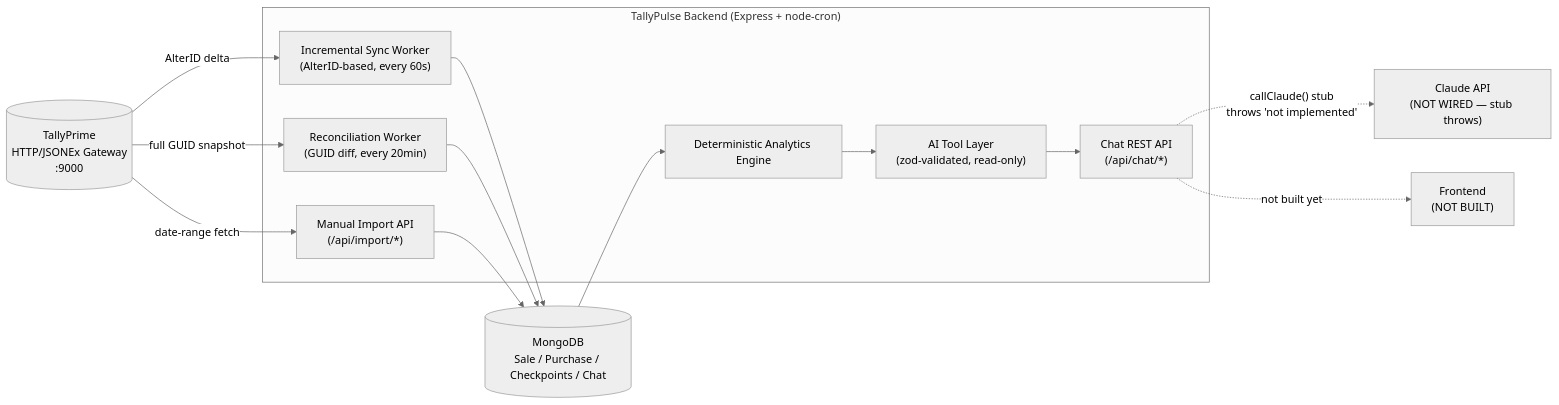
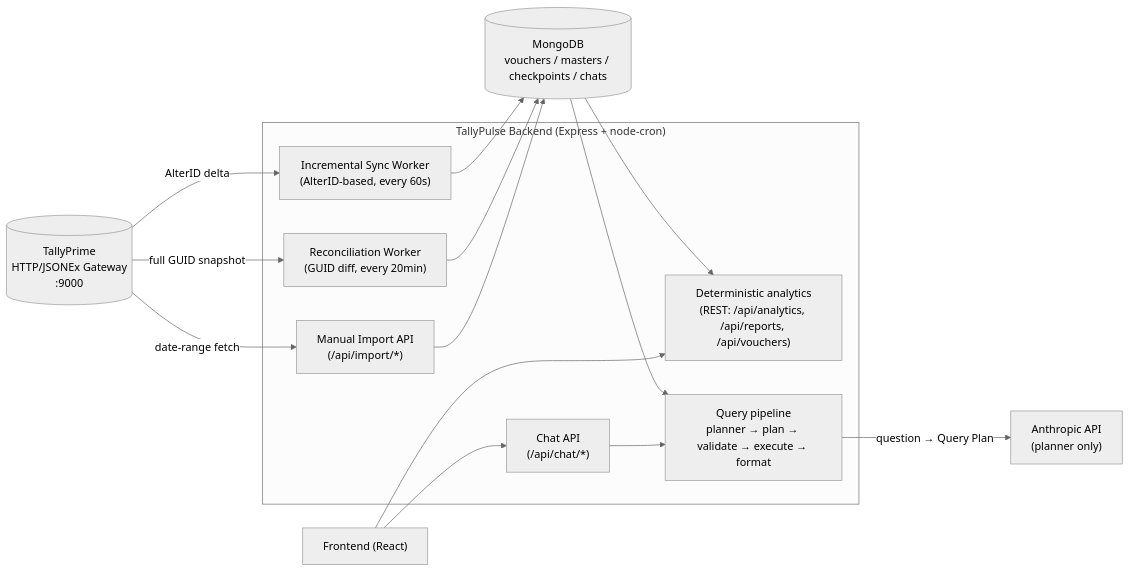
One commit to Rausahankumar/TallyPulse changed the first of 3 diagrams in docs/TALLYPULSE_TECHNICAL_DOCUMENTATION.md. Above: the diagram before and after it, drawn with Mermaid (neutral theme). The commit also changed other lines of this file and 8 other files, not shown here.

First line of the commit message:
docs: describe the planner-only query engine and the actual repository

````diff
--- a/docs/TALLYPULSE_TECHNICAL_DOCUMENTATION.md
+++ b/docs/TALLYPULSE_TECHNICAL_DOCUMENTATION.md
@@ -42,30 +40,30 @@
 ```mermaid
 flowchart LR
     Tally[("TallyPrime\nHTTP/JSONEx Gateway\n:9000")]
 
     subgraph Backend["TallyPulse Backend (Express + node-cron)"]
         SyncWorker["Incremental Sync Worker\n(AlterID-based, every 60s)"]
         ReconWorker["Reconciliation Worker\n(GUID diff, every 20min)"]
         ImportAPI["Manual Import API\n(/api/import/*)"]
-        Analytics["Deterministic Analytics Engine"]
-        ToolLayer["AI Tool Layer\n(zod-validated, read-only)"]
-        ChatAPI["Chat REST API\n(/api/chat/*)"]
+        Analytics["Deterministic analytics\n(REST: /api/analytics, /api/reports, /api/vouchers)"]
+        ChatAPI["Chat API\n(/api/chat/*)"]
+        Query["Query pipeline\nplanner → plan → validate → execute → format"]
     end
 
-    Mongo[("MongoDB\nSale / Purchase / Checkpoints / Chat")]
-
-    Claude["Claude API\n(NOT WIRED — stub throws)"]
-    Frontend["Frontend\n(NOT BUILT)"]
+    Mongo[("MongoDB\nvouchers / masters / checkpoints / chats")]
+    Claude["Anthropic API\n(planner only)"]
+    Frontend["Frontend (React)"]
 
     Tally -- "AlterID delta" --> SyncWorker
     Tally -- "full GUID snapshot" --> ReconWorker
     Tally -- "date-range fetch" --> ImportAPI
     SyncWorker --> Mongo
     ReconWorker --> Mongo
     ImportAPI --> Mongo
     Mongo --> Analytics
-    Analytics --> ToolLayer
-    ToolLayer --> ChatAPI
-    ChatAPI -. "callClaude() stub\nthrows 'not implemented'" .-> Claude
-    ChatAPI -. "not built yet" .-> Frontend
+    Mongo --> Query
+    ChatAPI --> Query
+    Query -- "question → Query Plan" --> Claude
+    Frontend --> Analytics
+    Frontend --> ChatAPI
 ```
````
